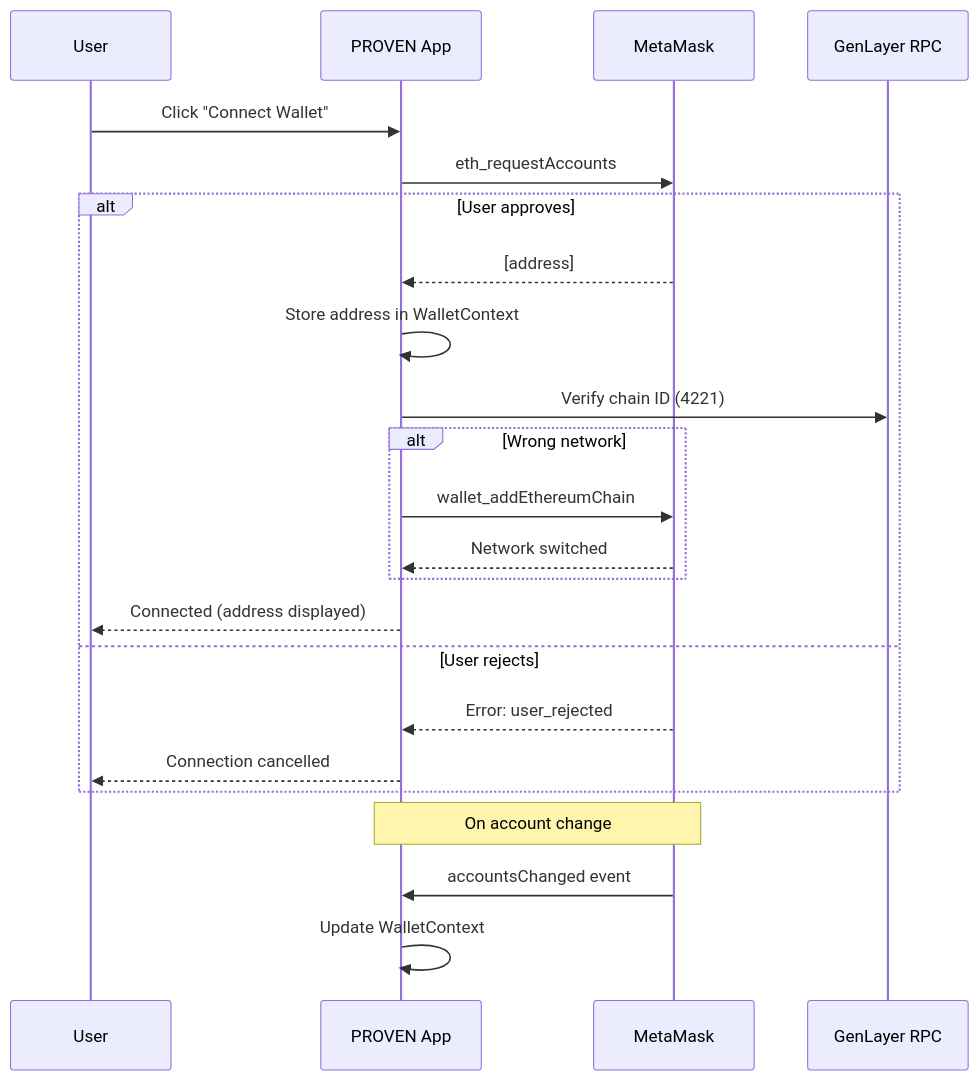
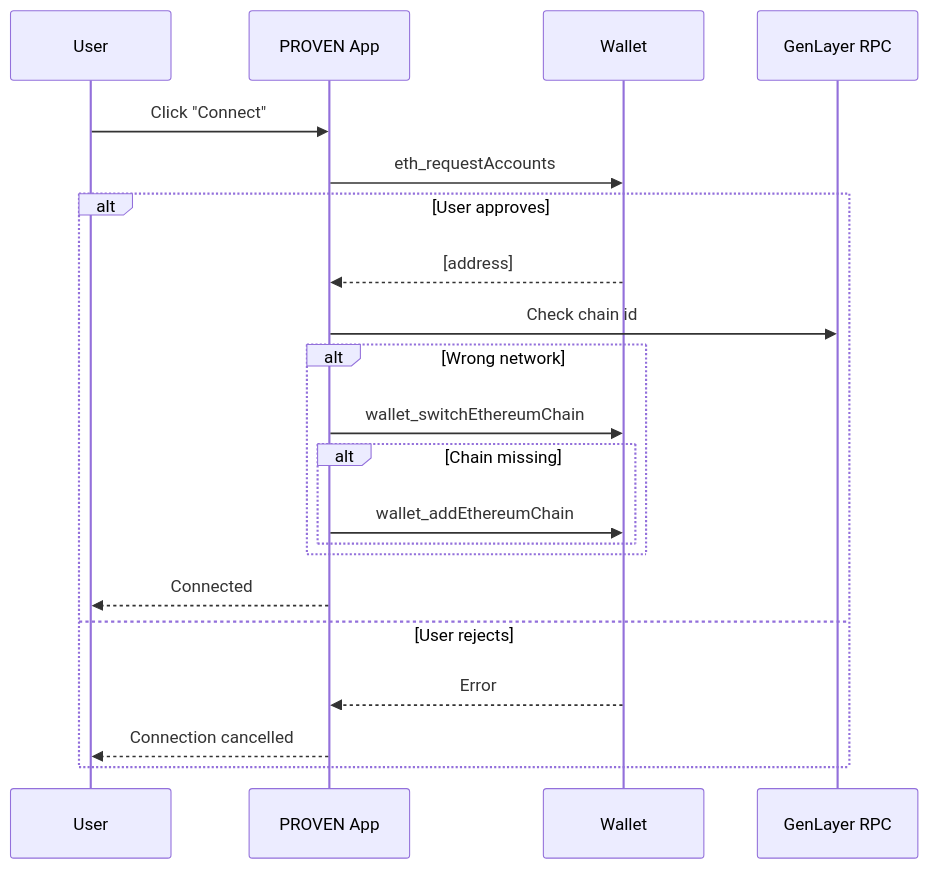
One commit to proven-xyz/proven-app changed the fourth of 4 diagrams in README.md. Above: the diagram before and after it, drawn with Mermaid. The commit also changed other lines of this file and 1 other file, not shown here.

````diff
--- a/README.md
+++ b/README.md
@@ -242,27 +238,24 @@
 ```mermaid
 sequenceDiagram
     participant User
     participant App as PROVEN App
-    participant MM as MetaMask
+    participant MM as Wallet
     participant Chain as GenLayer RPC
 
-    User->>App: Click "Connect Wallet"
+    User->>App: Click "Connect"
     App->>MM: eth_requestAccounts
     alt User approves
         MM-->>App: [address]
-        App->>App: Store address in WalletContext
-        App->>Chain: Verify chain ID (4221)
+        App->>Chain: Check chain id
         alt Wrong network
-            App->>MM: wallet_addEthereumChain
-            MM-->>App: Network switched
+            App->>MM: wallet_switchEthereumChain
+            alt Chain missing
+                App->>MM: wallet_addEthereumChain
+            end
         end
-        App-->>User: Connected (address displayed)
+        App-->>User: Connected
     else User rejects
-        MM-->>App: Error: user_rejected
+        MM-->>App: Error
         App-->>User: Connection cancelled
     end
-
-    Note over App,MM: On account change
-    MM->>App: accountsChanged event
-    App->>App: Update WalletContext
 ```
````
